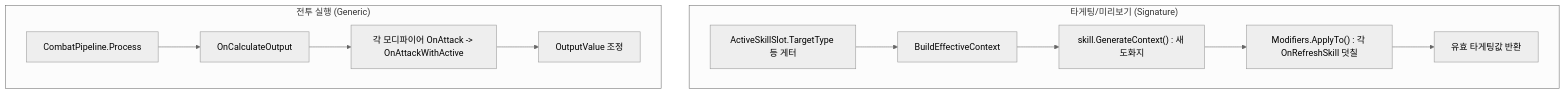
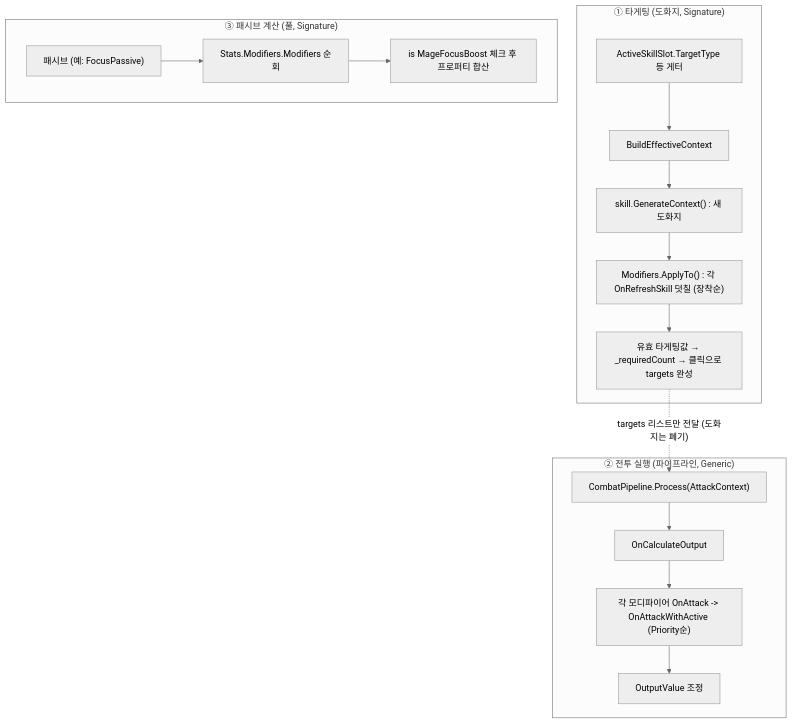
Before and after one commit to dfdfg42/Dice-Orbit: the diagram in Docs/modifireSystem.md, drawn with Mermaid (neutral theme). The commit also changed other lines of this file, not shown here.

First line of the commit message:
docs: 모디파이어 시스템 문서 갱신 - 적용 경로 3종 반영

````diff
--- a/Docs/modifireSystem.md
+++ b/Docs/modifireSystem.md
@@ -96,14 +150,19 @@
 ```mermaid
 flowchart TD
-    subgraph Targeting["타게팅/미리보기 (Signature)"]
+    subgraph Targeting["① 타게팅 (도화지, Signature)"]
       G["ActiveSkillSlot.TargetType 등 게터"] --> BEC[BuildEffectiveContext]
       BEC --> GEN["skill.GenerateContext() : 새 도화지"]
-      GEN --> APP["Modifiers.ApplyTo() : 각 OnRefreshSkill 덧칠"]
-      APP --> EFF[유효 타게팅값 반환]
+      GEN --> APP["Modifiers.ApplyTo() : 각 OnRefreshSkill 덧칠 (장착순)"]
+      APP --> EFF["유효 타게팅값 → _requiredCount → 클릭으로 targets 완성"]
     end
-    subgraph Combat["전투 실행 (Generic)"]
-      P[CombatPipeline.Process] --> C[OnCalculateOutput]
-      C --> OA["각 모디파이어 OnAttack -> OnAttackWithActive"]
+    subgraph Combat["② 전투 실행 (파이프라인, Generic)"]
+      P["CombatPipeline.Process(AttackContext)"] --> C[OnCalculateOutput]
+      C --> OA["각 모디파이어 OnAttack -> OnAttackWithActive (Priority순)"]
       OA --> OUT[OutputValue 조정]
     end
+    subgraph Pull["③ 패시브 계산 (풀, Signature)"]
+      PA["패시브 (예: FocusPassive)"] --> IT["Stats.Modifiers.Modifiers 순회"]
+      IT --> RD["is MageFocusBoost 체크 후 프로퍼티 합산"]
+    end
+    EFF -. "targets 리스트만 전달 (도화지는 폐기)" .-> P
 ```
````
